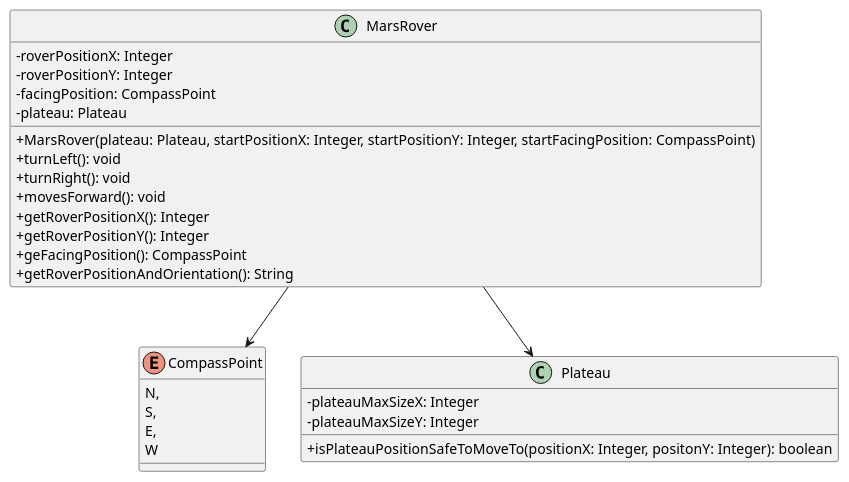
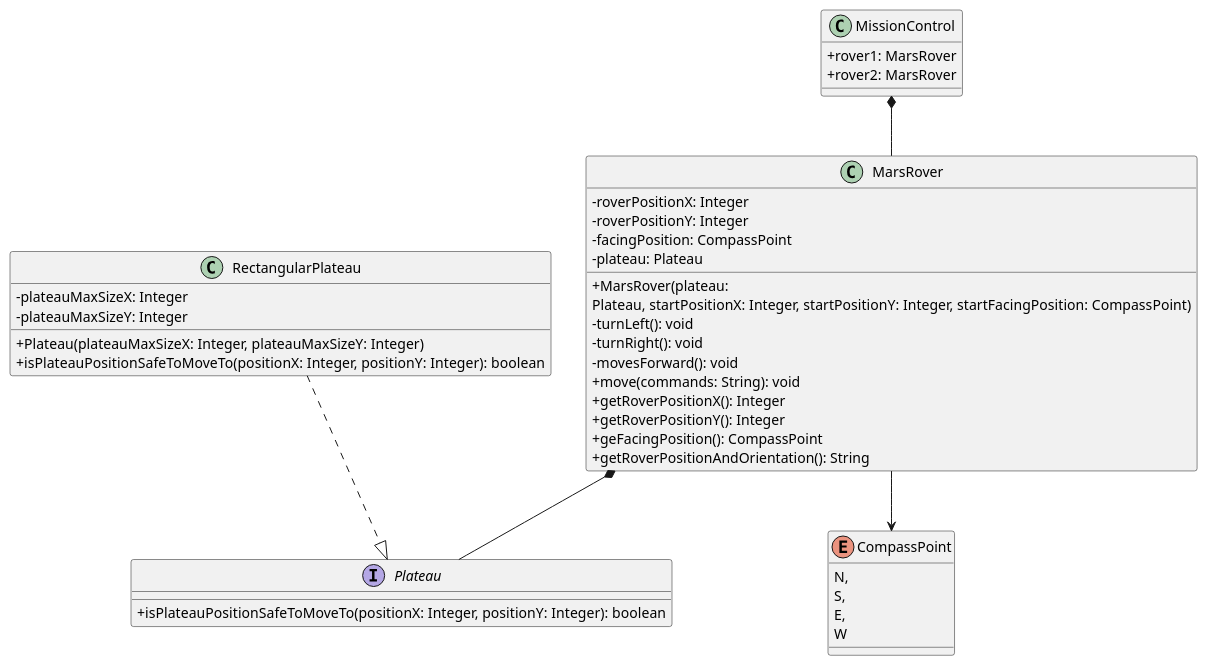
Before and after one commit to cleides/mars-rover: the diagram in docs/MarsRovers.puml, drawn with PlantUML.

Commit message:
Changed Plateau to be Interface, added missionControl to MarsRover diagram

```diff
--- a/docs/MarsRovers.puml
+++ b/docs/MarsRovers.puml
@@ -1,37 +1,51 @@
 @startuml
 'https://plantuml.com/class-diagram
 skinparam classAttributeIconSize 0
 
 MarsRover --> CompassPoint
-MarsRover --> Plateau
+MarsRover *-- Plateau
+MissionControl *-- MarsRover
+RectangularPlateau ..|> Plateau
+class MissionControl {
++rover1: MarsRover
++rover2: MarsRover
+}
 
 class MarsRover {
 -roverPositionX: Integer
 -roverPositionY: Integer
 -facingPosition: CompassPoint
 -plateau: Plateau
 
-+MarsRover(plateau: Plateau, startPositionX: Integer, startPositionY: Integer, startFacingPosition: CompassPoint)
-+turnLeft(): void
-+turnRight(): void
-+movesForward(): void
++MarsRover(plateau:
+Plateau, startPositionX: Integer, startPositionY: Integer, startFacingPosition: CompassPoint)
+-turnLeft(): void
+-turnRight(): void
+-movesForward(): void
++move(commands: String): void
 +getRoverPositionX(): Integer
 +getRoverPositionY(): Integer
 +geFacingPosition(): CompassPoint
 +getRoverPositionAndOrientation(): String
 }
-class Plateau {
+
+Interface Plateau {
++isPlateauPositionSafeToMoveTo(positionX: Integer, positionY: Integer): boolean
+}
+
+class RectangularPlateau {
 -plateauMaxSizeX: Integer
 -plateauMaxSizeY: Integer
-
-+isPlateauPositionSafeToMoveTo(positionX: Integer, positonY: Integer): boolean
+'creating a constructor here to
++Plateau(plateauMaxSizeX: Integer, plateauMaxSizeY: Integer)
++isPlateauPositionSafeToMoveTo(positionX: Integer, positionY: Integer): boolean
 }
 
 enum CompassPoint{
 N,
 S,
 E,
 W
 }
 
 @enduml
```
